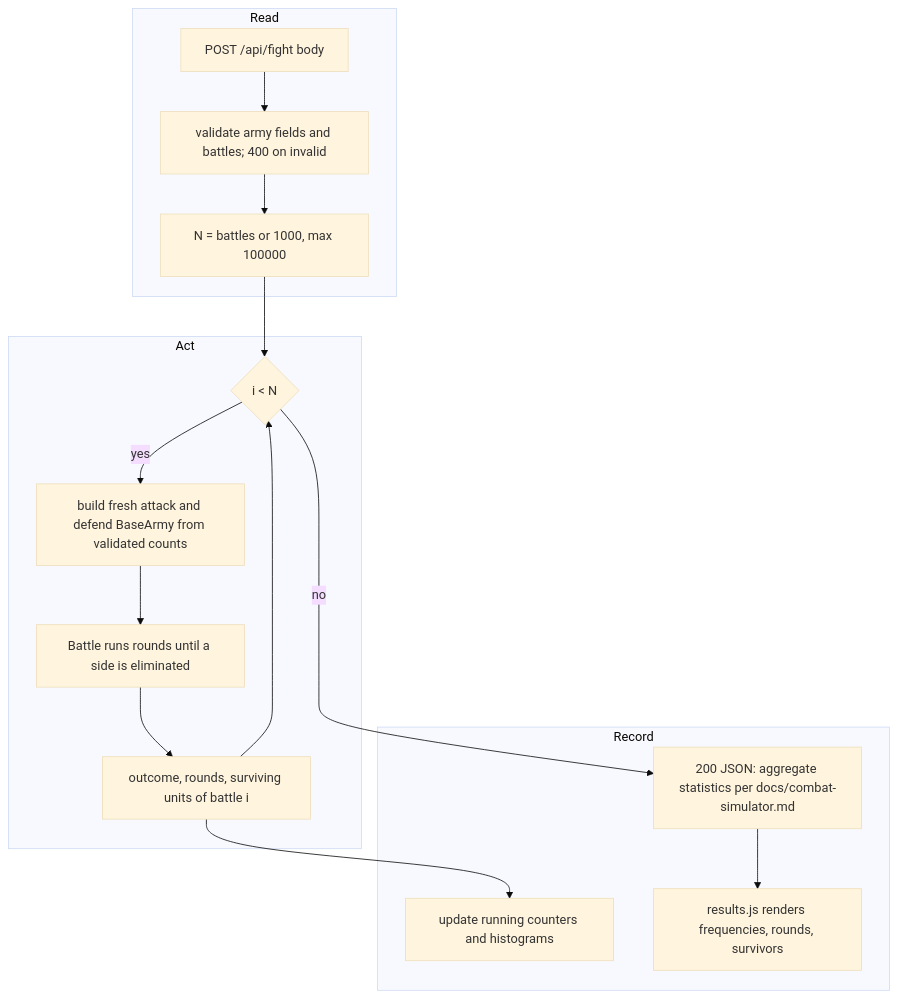
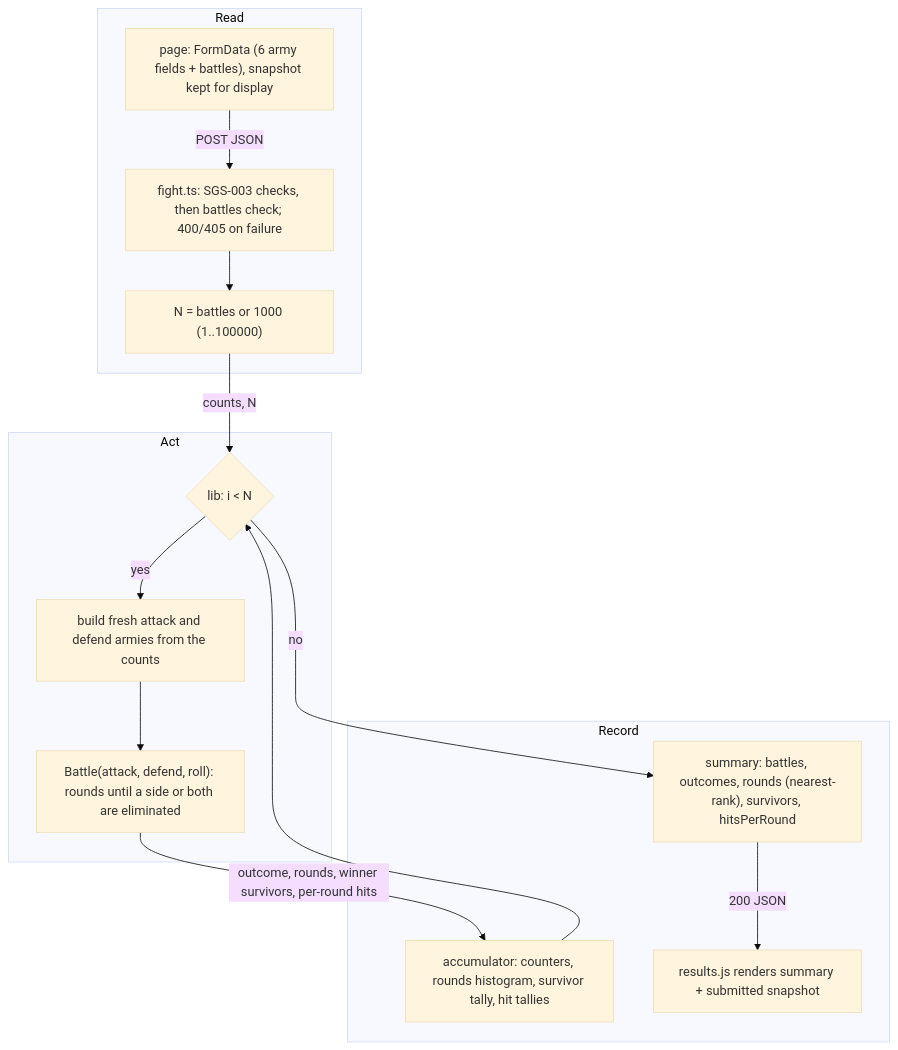
One commit to NicholasKChoi/WOTR_Combat_Simulator changed the diagram in projects/strategy-game-sim/tickets/SGS-005-n-battle-outcome-frequencies.md. Above: the diagram before and after it, drawn with Mermaid (base theme). The commit also changed other lines of this file and 25 other files, not shown here.

````diff
--- a/projects/strategy-game-sim/tickets/SGS-005-n-battle-outcome-frequencies.md
+++ b/projects/strategy-game-sim/tickets/SGS-005-n-battle-outcome-frequencies.md
@@ -74,19 +175,18 @@
 ```mermaid
 flowchart TD
   subgraph Read
-    A[POST /api/fight body] --> B[validate army fields and battles; 400 on invalid]
-    B --> C[N = battles or 1000, max 100000]
+    A["page: FormData (6 army fields + battles), snapshot kept for display"] -->|POST JSON| B["fight.ts: SGS-003 checks, then battles check; 400/405 on failure"]
+    B --> C["N = battles or 1000 (1..100000)"]
   end
   subgraph Act
-    C --> D{i < N}
-    D -- yes --> E[build fresh attack and defend BaseArmy from validated counts]
-    E --> F[Battle runs rounds until a side is eliminated]
-    F --> G[outcome, rounds, surviving units of battle i]
-    G --> D
+    C -->|"counts, N"| D{"lib: i < N"}
+    D -- yes --> E["build fresh attack and defend armies from the counts"]
+    E --> F["Battle(attack, defend, roll): rounds until a side or both are eliminated"]
   end
   subgraph Record
-    G --> H[update running counters and histograms]
-    D -- no --> I[200 JSON: aggregate statistics per docs/combat-simulator.md]
-    I --> J[results.js renders frequencies, rounds, survivors]
+    F -->|"outcome, rounds, winner survivors, per-round hits"| G["accumulator: counters, rounds histogram, survivor tally, hit tallies"]
+    G --> D
+    D -- no --> H["summary: battles, outcomes, rounds (nearest-rank), survivors, hitsPerRound"]
+    H -->|"200 JSON"| I["results.js renders summary + submitted snapshot"]
   end
 ```
````
